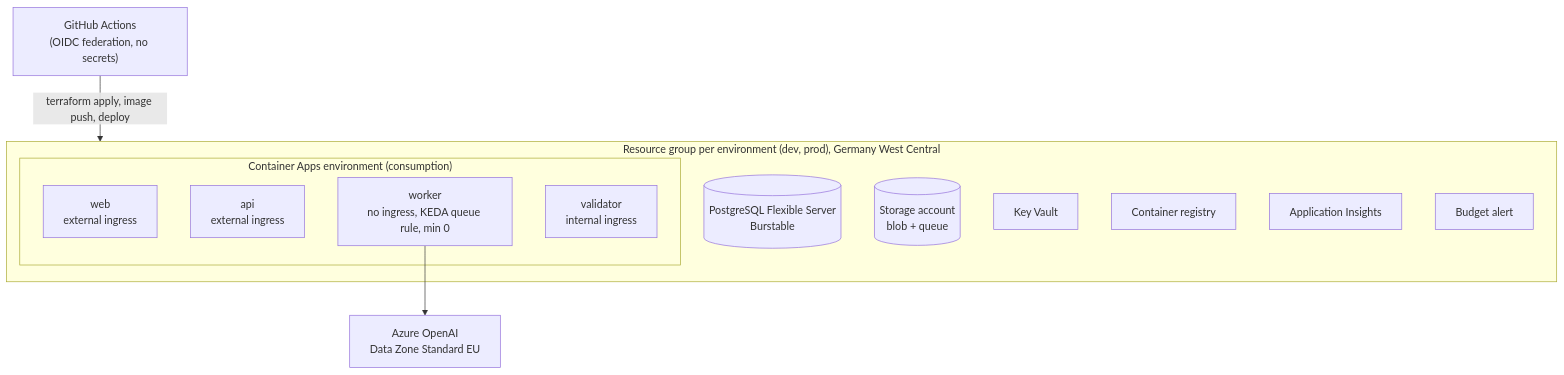
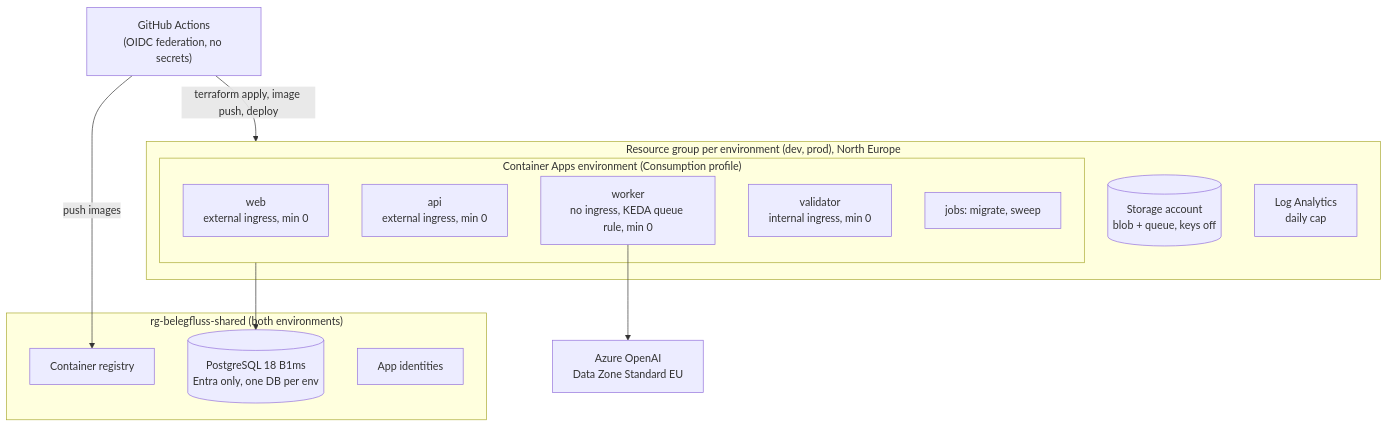
One commit to LomadaDharmateja/belegfluss changed the eighth of 9 diagrams in docs/ARCHITECTURE.md. Above: the diagram before and after it, drawn with Mermaid. The commit also changed other lines of this file and 7 other files, not shown here.

Commit message:
docs(m4a): milestone page, architecture as built, costs, plan, log, screenshots

````diff
--- a/docs/ARCHITECTURE.md
+++ b/docs/ARCHITECTURE.md
@@ -388,21 +391,25 @@
 ```mermaid
 flowchart TB
-    subgraph rg["Resource group per environment (dev, prod), Germany West Central"]
-        subgraph cae["Container Apps environment (consumption)"]
-            web["web<br/>external ingress"]
-            api["api<br/>external ingress"]
+    subgraph rg["Resource group per environment (dev, prod), North Europe"]
+        subgraph cae["Container Apps environment (Consumption profile)"]
+            web["web<br/>external ingress, min 0"]
+            api["api<br/>external ingress, min 0"]
             worker["worker<br/>no ingress, KEDA queue rule, min 0"]
-            validator["validator<br/>internal ingress"]
+            validator["validator<br/>internal ingress, min 0"]
+            jobs["jobs: migrate, sweep"]
         end
-        pg[("PostgreSQL Flexible Server<br/>Burstable")]
-        st[("Storage account<br/>blob + queue")]
-        kv["Key Vault"]
+        st[("Storage account<br/>blob + queue, keys off")]
+        logs["Log Analytics<br/>daily cap"]
+    end
+    subgraph shared["rg-belegfluss-shared (both environments)"]
+        pg[("PostgreSQL 18 B1ms<br/>Entra only, one DB per env")]
         acr["Container registry"]
-        ai["Application Insights"]
-        budget["Budget alert"]
+        ids["App identities"]
     end
     aoai["Azure OpenAI<br/>Data Zone Standard EU"]
     gh["GitHub Actions<br/>(OIDC federation, no secrets)"]
     gh -- "terraform apply, image push, deploy" --> rg
+    gh -- "push images" --> acr
+    cae --> pg
     worker --> aoai
 ```
````
